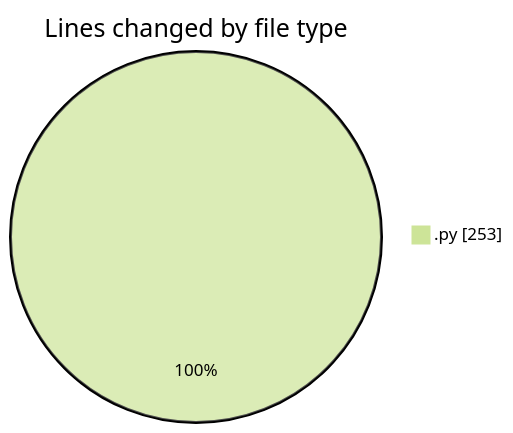
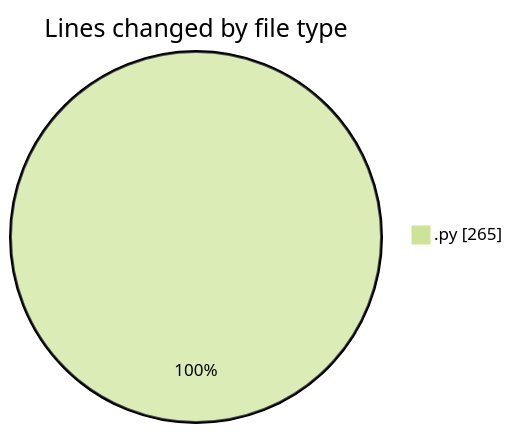
One commit to EIIisD/code-tracking changed the first of 2 diagrams in 2025-08-03/tts/README.md. Above: the diagram before and after it, drawn with Mermaid (forest theme). The commit also changed other lines of this file and 1 other file, not shown here.

````diff
--- a/2025-08-03/tts/README.md
+++ b/2025-08-03/tts/README.md
@@ -21,5 +21,5 @@
 ```mermaid
 pie showData
 title Lines changed by file type
-".py" : 253
+".py" : 265
 ```
````
